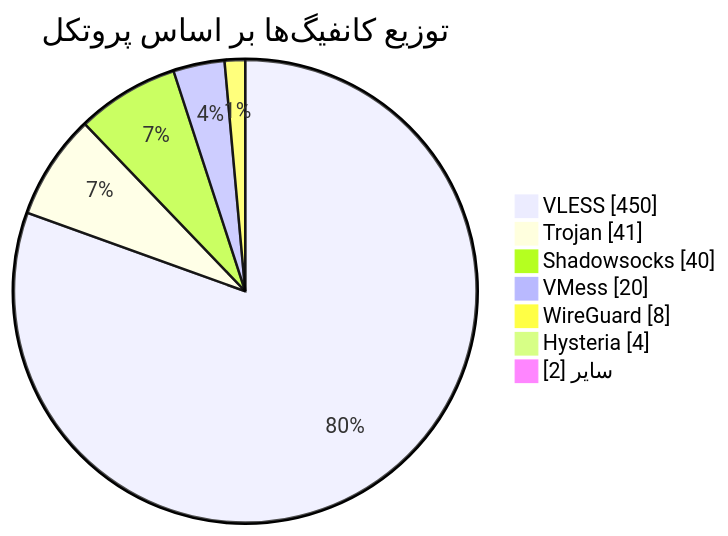
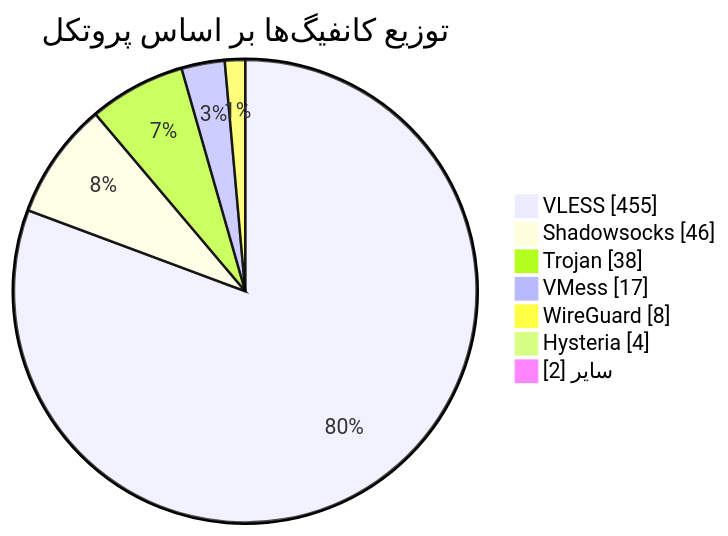
One commit to Arian-Alijani/Somthing changed the diagram in README.md. Above: the diagram before and after it, drawn with Mermaid. The commit also changed other lines of this file and 85 other files, not shown here.

````diff
--- a/README.md
+++ b/README.md
@@ -49,11 +49,11 @@
 ```mermaid
 pie showData
     title توزیع کانفیگ‌ها بر اساس پروتکل
-    "VLESS" : 450
-    "Trojan" : 41
-    "Shadowsocks" : 40
-    "VMess" : 20
+    "VLESS" : 455
+    "Shadowsocks" : 46
+    "Trojan" : 38
+    "VMess" : 17
     "WireGuard" : 8
     "Hysteria" : 4
     "سایر" : 2
 ```
````
